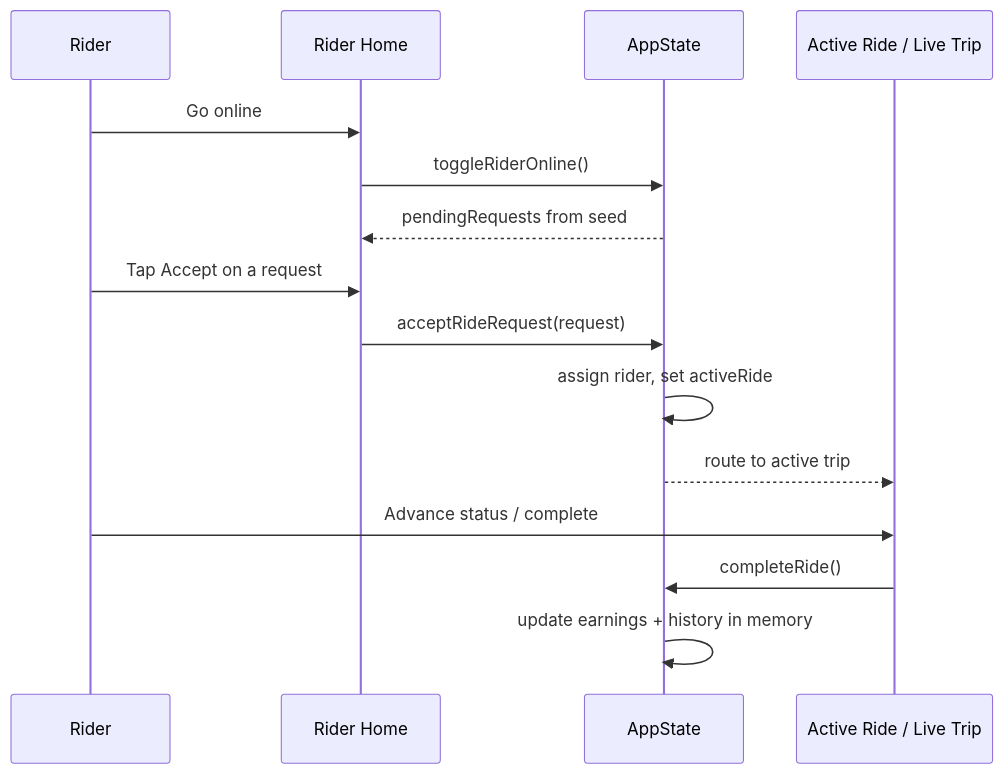
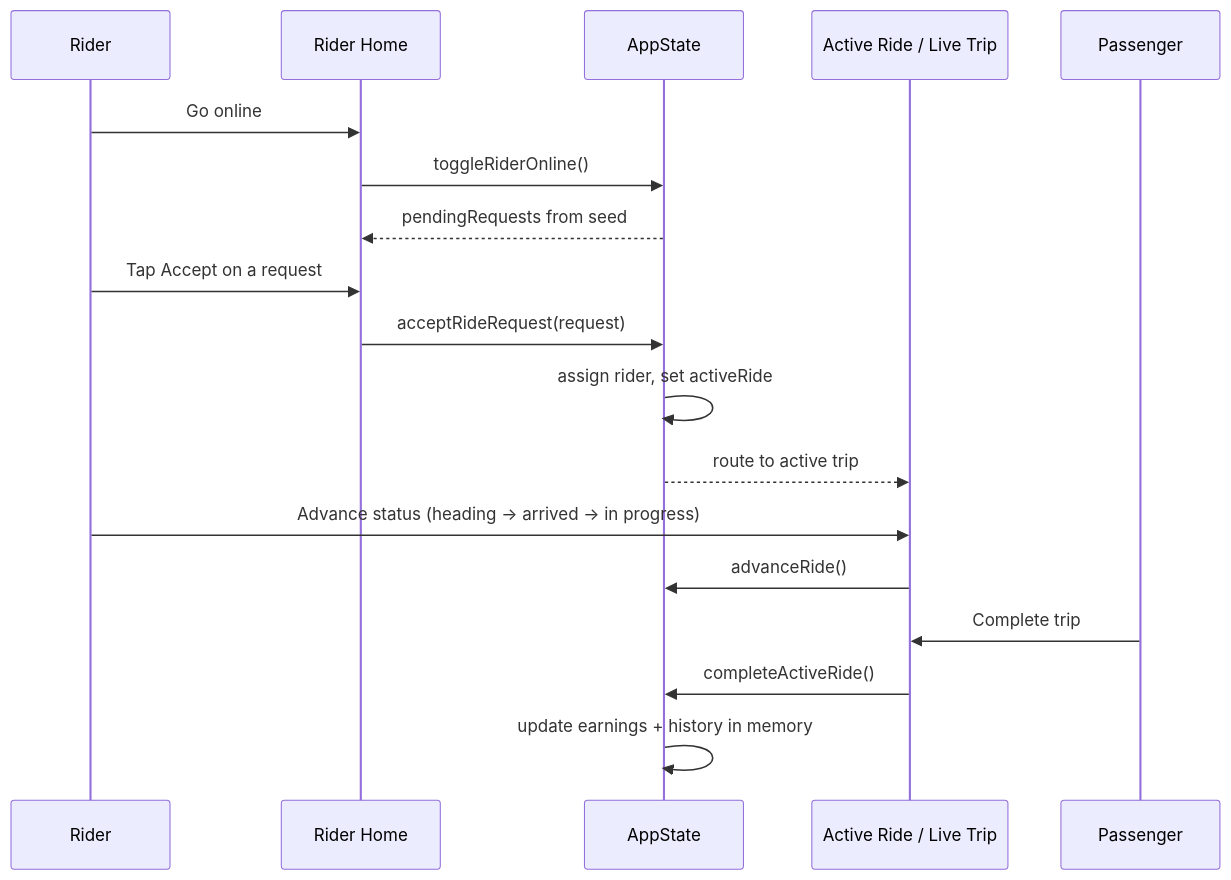
Before and after one commit to manibba2026-commits/SurGo-App: the third of 5 diagrams in docs/final-presentation/USER_WORKFLOWS.md, drawn with Mermaid. The commit also changed other lines of this file and 15 other files, not shown here.

First line of the commit message:
Polish presentation flows and refresh defense documentation

````diff
--- a/docs/final-presentation/USER_WORKFLOWS.md
+++ b/docs/final-presentation/USER_WORKFLOWS.md
@@ -139,18 +145,21 @@
 ```mermaid
 sequenceDiagram
     participant Rider
     participant Home as Rider Home
     participant State as AppState
     participant Trip as Active Ride / Live Trip
+    participant Passenger
 
     Rider->>Home: Go online
     Home->>State: toggleRiderOnline()
     State-->>Home: pendingRequests from seed
     Rider->>Home: Tap Accept on a request
     Home->>State: acceptRideRequest(request)
     State->>State: assign rider, set activeRide
     State-->>Trip: route to active trip
-    Rider->>Trip: Advance status / complete
-    Trip->>State: completeRide()
+    Rider->>Trip: Advance status (heading → arrived → in progress)
+    Trip->>State: advanceRide()
+    Passenger->>Trip: Complete trip
+    Trip->>State: completeActiveRide()
     State->>State: update earnings + history in memory
 ```
````
